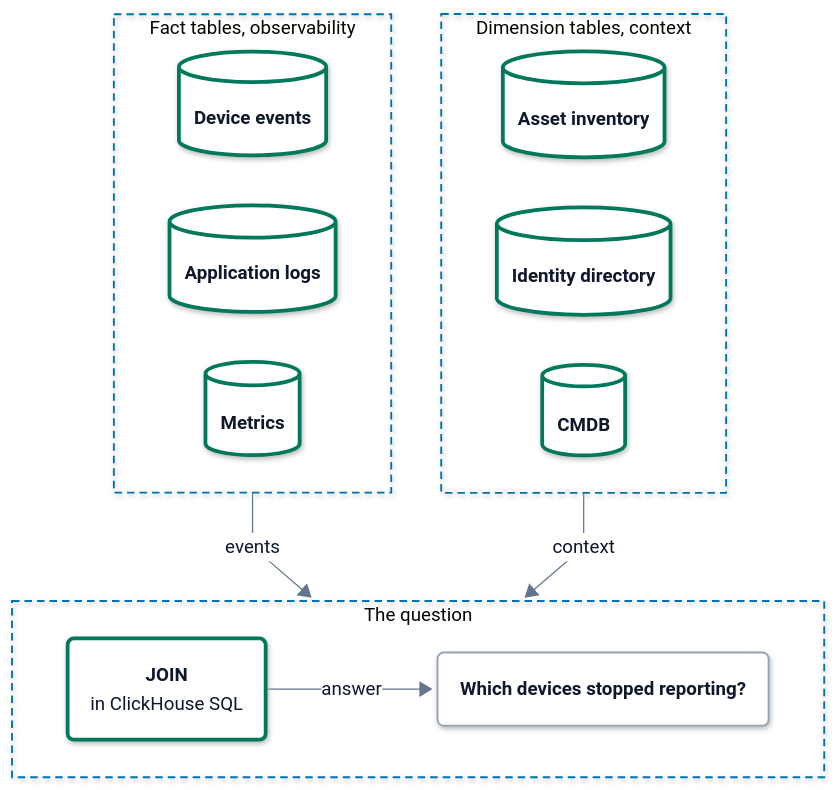
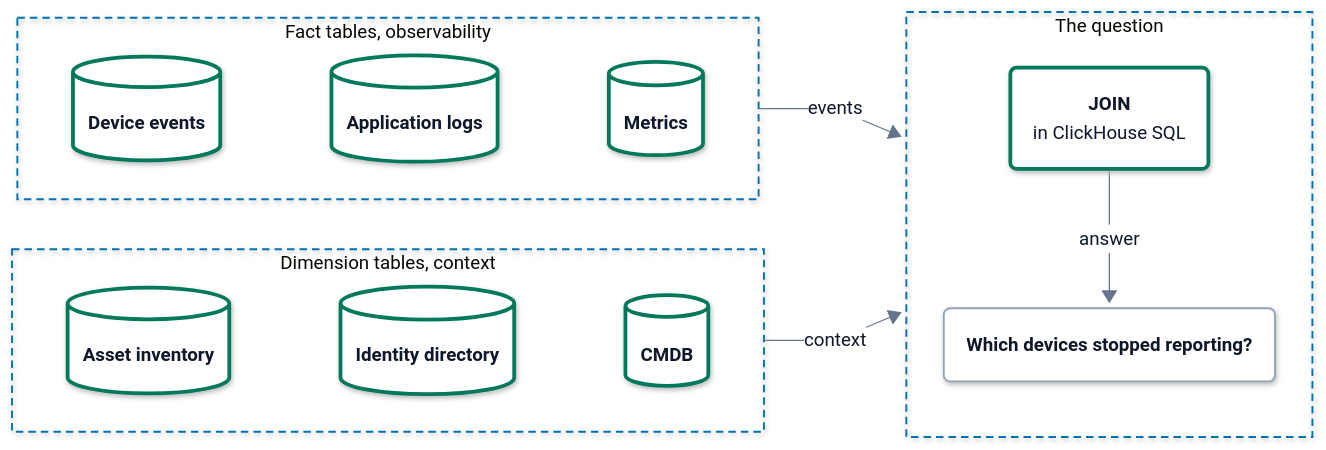
Before and after one commit to hyperi-io/dfe-infra: the diagram in docs/use-cases.md, drawn with Mermaid. The commit also changed 6 other files, not shown here.

First line of the commit message:
docs(diagrams): fit six diagrams under the 600 px limit

```diff
--- a/docs/use-cases.md
+++ b/docs/use-cases.md
@@ -48,7 +48,7 @@
     .ui .label-icon{color:#D9480F}
     .ext .label-icon{color:#64748B}
 ---
-flowchart TB
+flowchart LR
     accTitle: L4 Detail -- Fact and dimension join
     accDescr: Large time-series fact tables, such as device events, application logs and metrics, and small point-in-time dimension tables, such as an asset inventory, an identity directory and a CMDB, meet in one JOIN in ClickHouse SQL that answers the question.
     subgraph facts["Fact tables, observability"]
@@ -56,15 +56,17 @@
         events[("<b>Device events</b>")]
         applogs[("<b>Application logs</b>")]
         metrics[("<b>Metrics</b>")]
+        events ~~~ applogs ~~~ metrics
     end
     subgraph dims["Dimension tables, context"]
         direction LR
         assets[("<b>Asset inventory</b>")]
         directory[("<b>Identity directory</b>")]
         cmdb[("<b>CMDB</b>")]
+        assets ~~~ directory ~~~ cmdb
     end
     subgraph query["The question"]
-        direction LR
+        direction TB
         join("<b>JOIN</b><br/><span>in ClickHouse SQL</span>")
         answer("<b>Which devices stopped reporting?</b>")
         join -->|answer| answer
```
